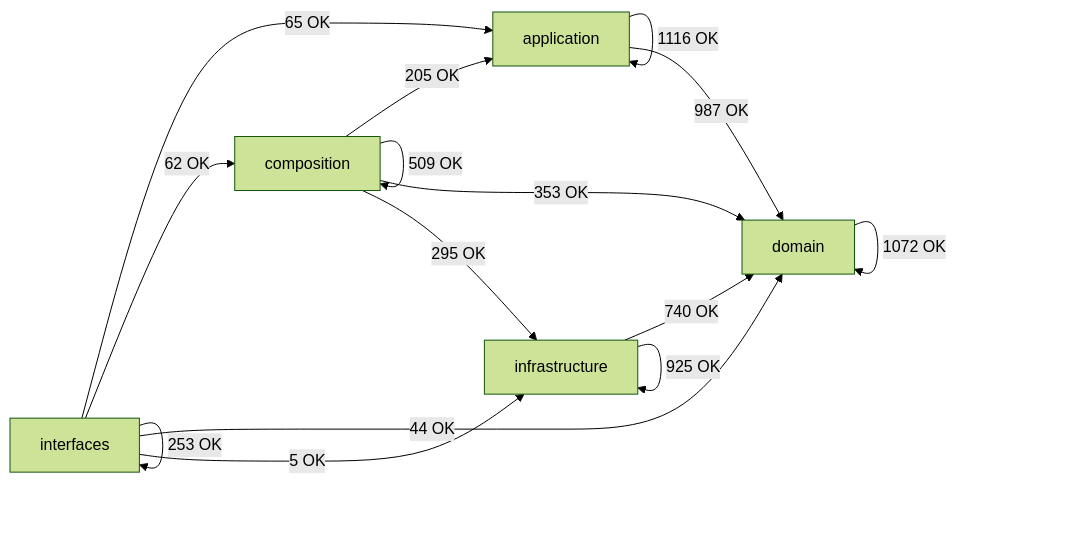
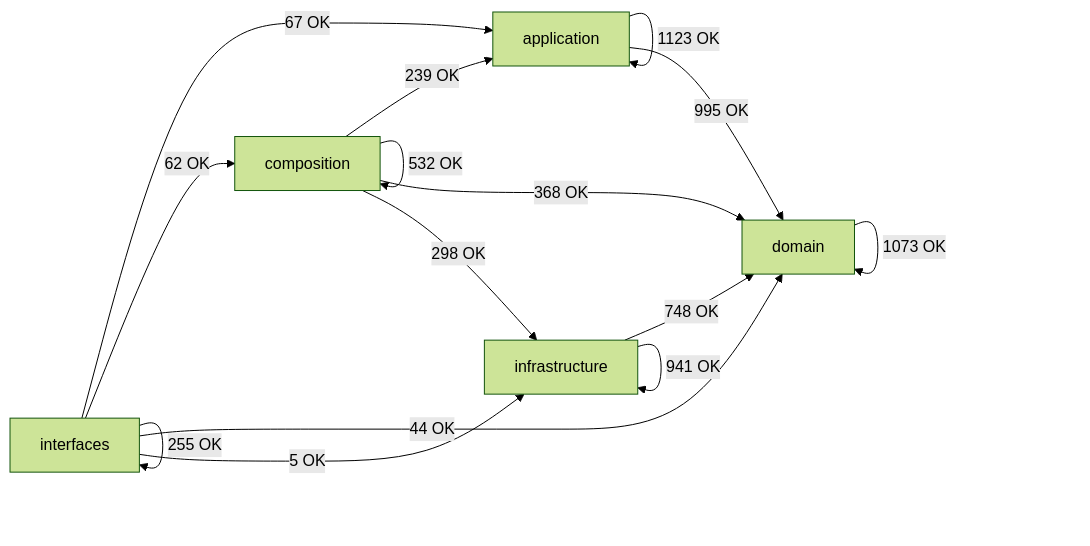
Before and after one commit to SatoryKono/BioactivityDataAcquisition: the diagram in docs/02-architecture/generated/module-dependency-map.md, drawn with Mermaid (forest theme). The commit also changed other lines of this file and 94 other files, not shown here.

````diff
--- a/docs/02-architecture/generated/module-dependency-map.md
+++ b/docs/02-architecture/generated/module-dependency-map.md
@@ -17,22 +17,22 @@
 ```mermaid
 flowchart LR
     domain[domain]
     application[application]
     infrastructure[infrastructure]
     composition[composition]
     interfaces[interfaces]
-    application -->|1116 OK| application
-    application -->|987 OK| domain
-    composition -->|205 OK| application
-    composition -->|509 OK| composition
-    composition -->|353 OK| domain
-    composition -->|295 OK| infrastructure
-    domain -->|1072 OK| domain
-    infrastructure -->|740 OK| domain
-    infrastructure -->|925 OK| infrastructure
-    interfaces -->|65 OK| application
+    application -->|1123 OK| application
+    application -->|995 OK| domain
+    composition -->|239 OK| application
+    composition -->|532 OK| composition
+    composition -->|368 OK| domain
+    composition -->|298 OK| infrastructure
+    domain -->|1073 OK| domain
+    infrastructure -->|748 OK| domain
+    infrastructure -->|941 OK| infrastructure
+    interfaces -->|67 OK| application
     interfaces -->|62 OK| composition
     interfaces -->|44 OK| domain
     interfaces -->|5 OK| infrastructure
-    interfaces -->|253 OK| interfaces
+    interfaces -->|255 OK| interfaces
 ```
````
